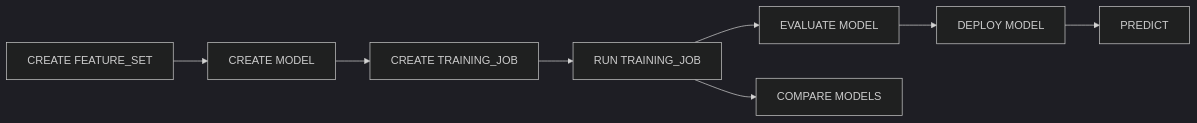
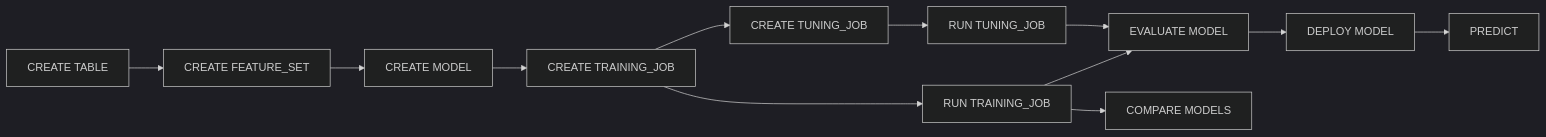
One commit to TomiTsuma/Mnemosyne changed the diagram in docs/mnemo_sql_documentation/model-layer/README.md. Above: the diagram before and after it, drawn with Mermaid (dark theme). The commit also changed other lines of this file and 18 other files, not shown here.

````diff
--- a/docs/mnemo_sql_documentation/model-layer/README.md
+++ b/docs/mnemo_sql_documentation/model-layer/README.md
@@ -7,10 +14,14 @@
 ```mermaid
 flowchart LR
-    A[CREATE FEATURE_SET] --> B[CREATE MODEL]
-    B --> C[CREATE TRAINING_JOB]
-    C --> D[RUN TRAINING_JOB]
-    D --> E[EVALUATE MODEL]
-    E --> F[DEPLOY MODEL]
-    F --> G[PREDICT]
-    D --> H[COMPARE MODELS]
+    A[CREATE TABLE] --> B[CREATE FEATURE_SET]
+    B --> C[CREATE MODEL]
+    C --> D[CREATE TRAINING_JOB]
+    D --> E[RUN TRAINING_JOB]
+    E --> F[EVALUATE MODEL]
+    F --> G[DEPLOY MODEL]
+    G --> H[PREDICT]
+    D --> I[CREATE TUNING_JOB]
+    I --> J[RUN TUNING_JOB]
+    J --> F
+    E --> K[COMPARE MODELS]
 ```
````
